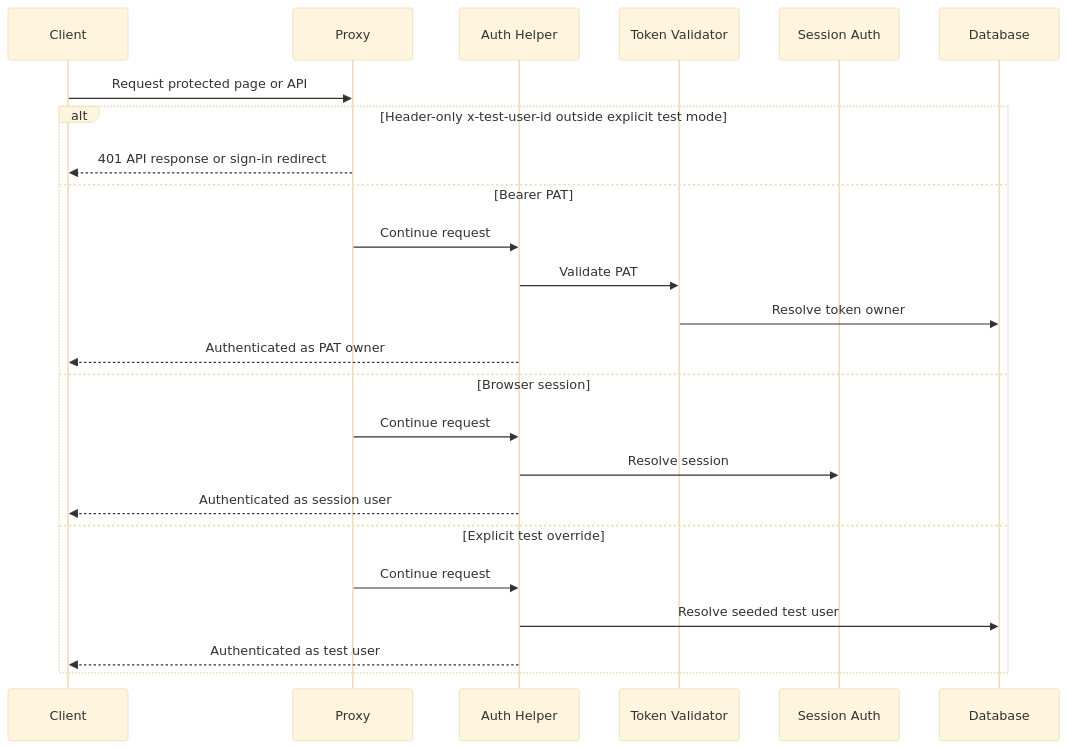
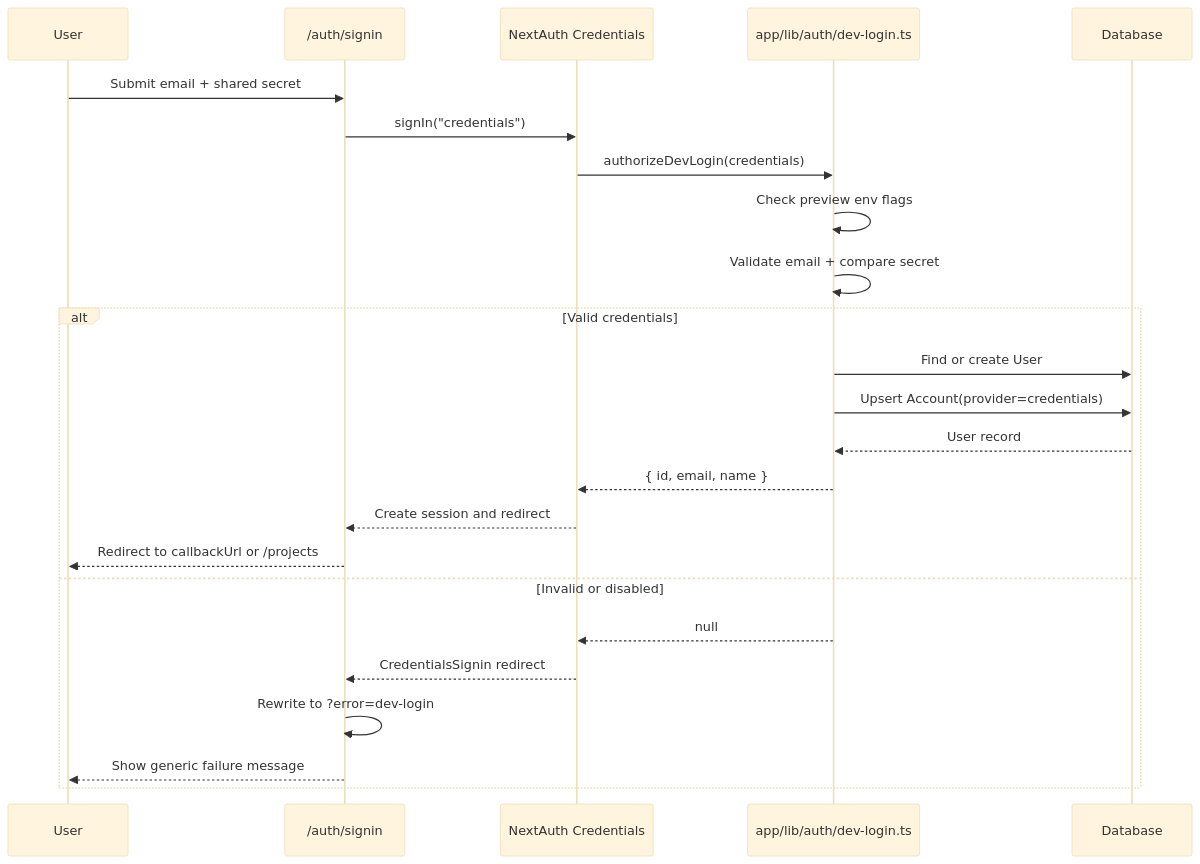
One commit to bfernandez31/ai-board changed the diagram in specs/specifications/technical/implementation/authentication.md. Above: the diagram before and after it, drawn with Mermaid (base theme). The commit also changed other lines of this file and 7 other files, not shown here.

````diff
--- a/specs/specifications/technical/implementation/authentication.md
+++ b/specs/specifications/technical/implementation/authentication.md
@@ -224,27 +108,27 @@
 ```mermaid
 sequenceDiagram
-    participant C as Client
-    participant P as Proxy
-    participant A as Auth Helper
-    participant T as Token Validator
-    participant S as Session Auth
+    participant U as User
+    participant UI as /auth/signin
+    participant NA as NextAuth Credentials
+    participant DL as app/lib/auth/dev-login.ts
     participant DB as Database
 
-    C->>P: Request protected page or API
-    alt Header-only x-test-user-id outside explicit test mode
-        P-->>C: 401 API response or sign-in redirect
-    else Bearer PAT
-        P->>A: Continue request
-        A->>T: Validate PAT
-        T->>DB: Resolve token owner
-        A-->>C: Authenticated as PAT owner
-    else Browser session
-        P->>A: Continue request
-        A->>S: Resolve session
-        A-->>C: Authenticated as session user
-    else Explicit test override
-        P->>A: Continue request
-        A->>DB: Resolve seeded test user
-        A-->>C: Authenticated as test user
+    U->>UI: Submit email + shared secret
+    UI->>NA: signIn("credentials")
+    NA->>DL: authorizeDevLogin(credentials)
+    DL->>DL: Check preview env flags
+    DL->>DL: Validate email + compare secret
+    alt Valid credentials
+        DL->>DB: Find or create User
+        DL->>DB: Upsert Account(provider=credentials)
+        DB-->>DL: User record
+        DL-->>NA: { id, email, name }
+        NA-->>UI: Create session and redirect
+        UI-->>U: Redirect to callbackUrl or /projects
+    else Invalid or disabled
+        DL-->>NA: null
+        NA-->>UI: CredentialsSignin redirect
+        UI->>UI: Rewrite to ?error=dev-login
+        UI-->>U: Show generic failure message
     end
 ```
````
